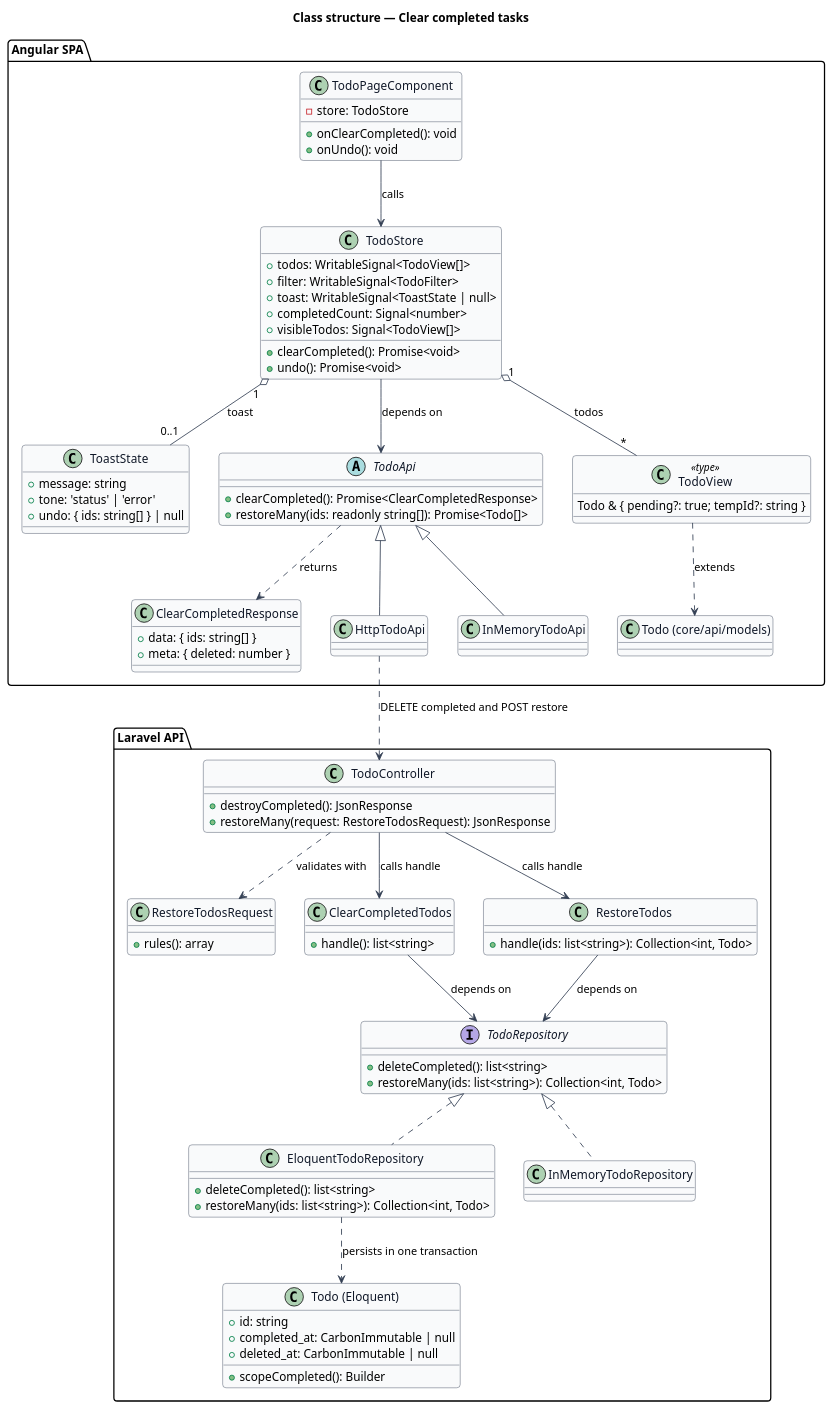
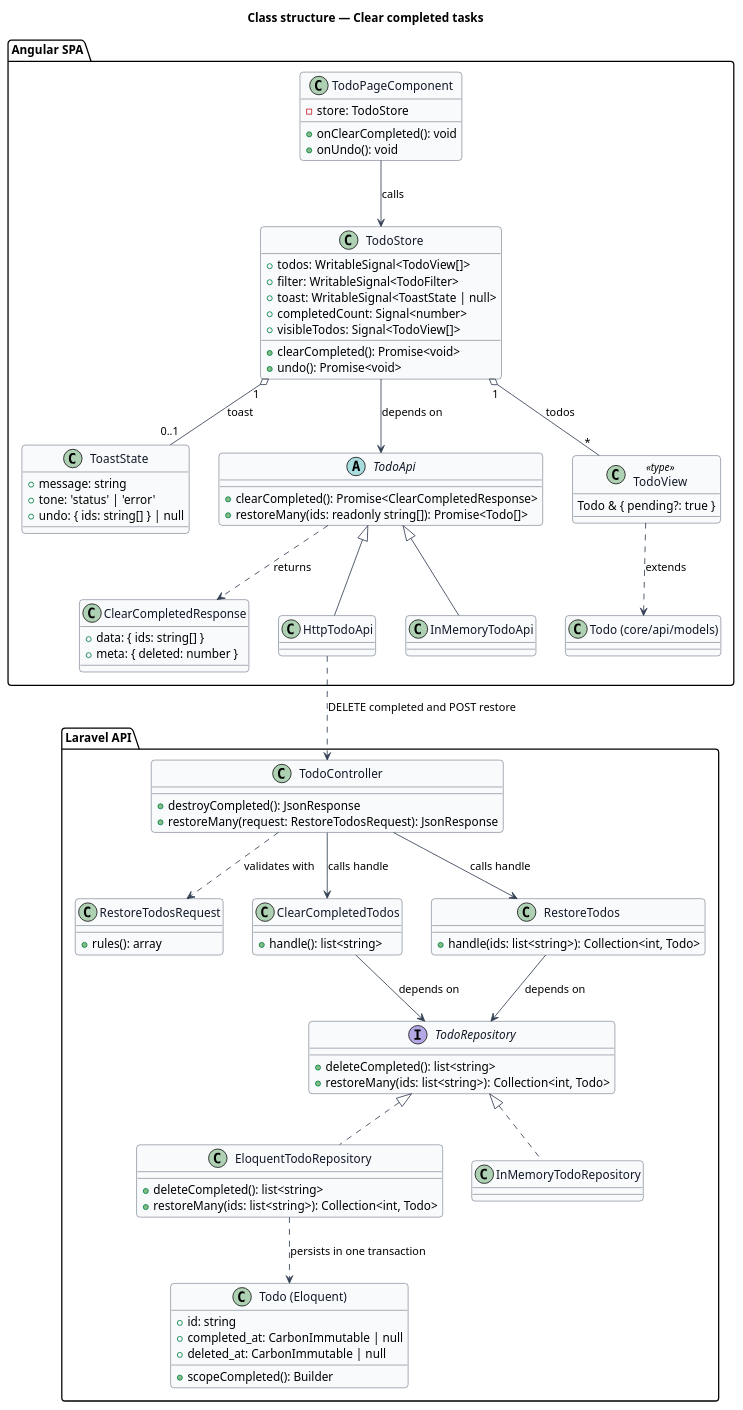
Before and after one commit to QuinntyneBrown/php-todo-lab: the diagram in docs/detailed-designs/task-removal/clear-completed-tasks/diagrams/class-structure.puml, drawn with PlantUML. The commit also changed 22 other files, not shown here.

```diff
--- a/docs/detailed-designs/task-removal/clear-completed-tasks/diagrams/class-structure.puml
+++ b/docs/detailed-designs/task-removal/clear-completed-tasks/diagrams/class-structure.puml
@@ -1,101 +1,101 @@
 @startuml
 ' --- shared skin header ---
 skinparam backgroundColor #FFFFFF
 skinparam shadowing false
 skinparam roundcorner 8
 skinparam defaultFontName Arial
 skinparam ArrowColor #344054
 skinparam class {
   BorderColor #344054
   FontColor #101828
   BackgroundColor #F9FAFB
 }
 ' --------------------------
 title Class structure — Clear completed tasks
 
 package "Angular SPA" {
   class TodoPageComponent {
     -store: TodoStore
     +onClearCompleted(): void
     +onUndo(): void
   }
   class TodoStore {
     +todos: WritableSignal<TodoView[]>
     +filter: WritableSignal<TodoFilter>
     +toast: WritableSignal<ToastState | null>
     +completedCount: Signal<number>
     +visibleTodos: Signal<TodoView[]>
     +clearCompleted(): Promise<void>
     +undo(): Promise<void>
   }
   class ToastState {
     +message: string
     +tone: 'status' | 'error'
     +undo: { ids: string[] } | null
   }
   abstract class TodoApi {
     +clearCompleted(): Promise<ClearCompletedResponse>
     +restoreMany(ids: readonly string[]): Promise<Todo[]>
   }
   class ClearCompletedResponse {
     +data: { ids: string[] }
     +meta: { deleted: number }
   }
   class HttpTodoApi
   class InMemoryTodoApi
   class "Todo (core/api/models)" as Todo
   class TodoView <<type>> {
-    Todo & { pending?: true; tempId?: string }
+    Todo & { pending?: true }
   }
 }
 
 package "Laravel API" {
   class TodoController {
     +destroyCompleted(): JsonResponse
     +restoreMany(request: RestoreTodosRequest): JsonResponse
   }
   class RestoreTodosRequest {
     +rules(): array
   }
   class ClearCompletedTodos {
     +handle(): list<string>
   }
   class RestoreTodos {
     +handle(ids: list<string>): Collection<int, Todo>
   }
   interface TodoRepository {
     +deleteCompleted(): list<string>
     +restoreMany(ids: list<string>): Collection<int, Todo>
   }
   class EloquentTodoRepository {
     +deleteCompleted(): list<string>
     +restoreMany(ids: list<string>): Collection<int, Todo>
   }
   class InMemoryTodoRepository
   class "Todo (Eloquent)" as TodoModel {
     +id: string
     +completed_at: CarbonImmutable | null
     +deleted_at: CarbonImmutable | null
     +scopeCompleted(): Builder
   }
 }
 
 TodoPageComponent --> TodoStore : calls
 TodoStore --> TodoApi : depends on
 TodoStore "1" o-- "*" TodoView : todos
 TodoView ..> Todo : extends
 TodoStore "1" o-- "0..1" ToastState : toast
 TodoApi <|-- HttpTodoApi
 TodoApi <|-- InMemoryTodoApi
 TodoApi ..> ClearCompletedResponse : returns
 HttpTodoApi ..> TodoController : DELETE completed and POST restore
 
 TodoController ..> RestoreTodosRequest : validates with
 TodoController --> ClearCompletedTodos : calls handle
 TodoController --> RestoreTodos : calls handle
 ClearCompletedTodos --> TodoRepository : depends on
 RestoreTodos --> TodoRepository : depends on
 TodoRepository <|.. EloquentTodoRepository
 TodoRepository <|.. InMemoryTodoRepository
 EloquentTodoRepository ..> TodoModel : persists in one transaction
 @enduml
```
